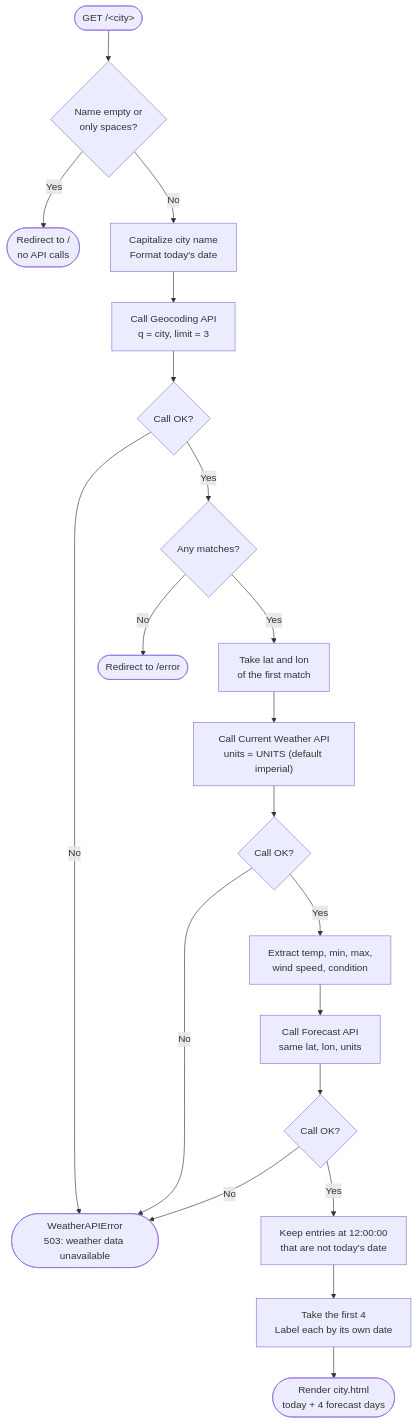
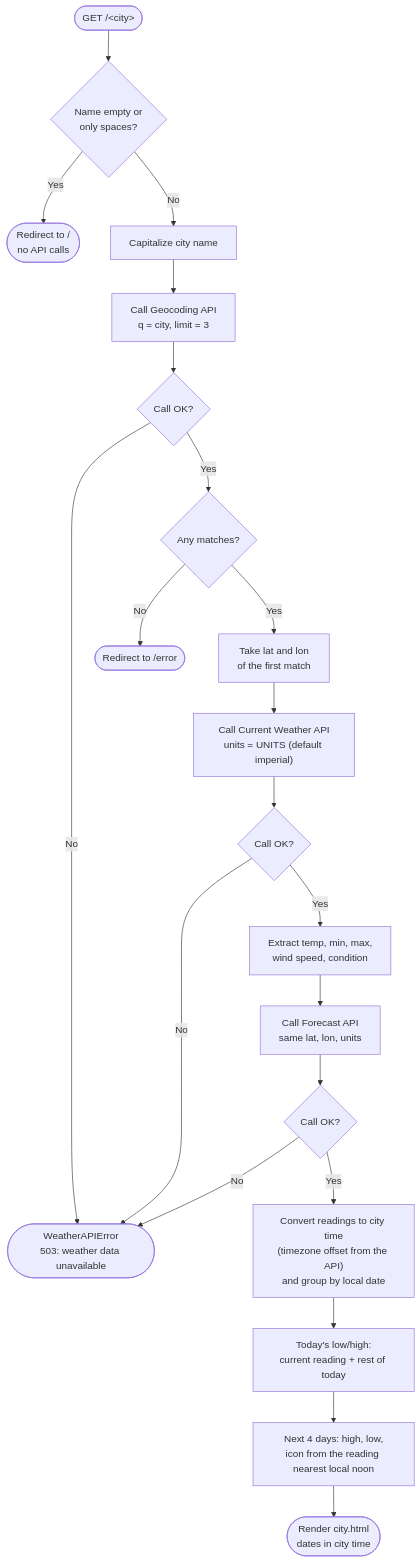
The third of 3 diagrams in exercises/python/weather-app/docs/architecture.md (dpreschel/claude-code-training), drawn with Mermaid before and after one commit. The commit also changed other lines of this file and 9 other files, not shown here.

````diff
--- a/exercises/python/weather-app/docs/architecture.md
+++ b/exercises/python/weather-app/docs/architecture.md
@@ -102,22 +102,23 @@
 ```mermaid
 flowchart TD
     Start(["GET /#lt;city#gt;"]) --> Blank{"Name empty or<br/>only spaces?"}
     Blank -->|"Yes"| Home(["Redirect to /<br/>no API calls"])
-    Blank -->|"No"| Format["Capitalize city name<br/>Format today's date"]
+    Blank -->|"No"| Format["Capitalize city name"]
     Format --> GeoCall["Call Geocoding API<br/>q = city, limit = 3"]
     GeoCall --> GeoOK{"Call OK?"}
     GeoOK -->|"No"| Unavailable(["WeatherAPIError<br/>503: weather data unavailable"])
     GeoOK -->|"Yes"| Found{"Any matches?"}
     Found -->|"No"| ErrorPage(["Redirect to /error"])
     Found -->|"Yes"| Coords["Take lat and lon<br/>of the first match"]
     Coords --> CurCall["Call Current Weather API<br/>units = UNITS (default imperial)"]
     CurCall --> CurOK{"Call OK?"}
     CurOK -->|"No"| Unavailable
     CurOK -->|"Yes"| Extract["Extract temp, min, max,<br/>wind speed, condition"]
     Extract --> FcCall["Call Forecast API<br/>same lat, lon, units"]
     FcCall --> FcOK{"Call OK?"}
     FcOK -->|"No"| Unavailable
-    FcOK -->|"Yes"| Filter["Keep entries at 12:00:00<br/>that are not today's date"]
-    Filter --> Slice["Take the first 4<br/>Label each by its own date"]
-    Slice --> Render(["Render city.html<br/>today + 4 forecast days"])
+    FcOK -->|"Yes"| Local["Convert readings to city time<br/>(timezone offset from the API)<br/>and group by local date"]
+    Local --> Today["Today's low/high:<br/>current reading + rest of today"]
+    Today --> Days["Next 4 days: high, low,<br/>icon from the reading nearest local noon"]
+    Days --> Render(["Render city.html<br/>dates in city time"])
 ```
````
